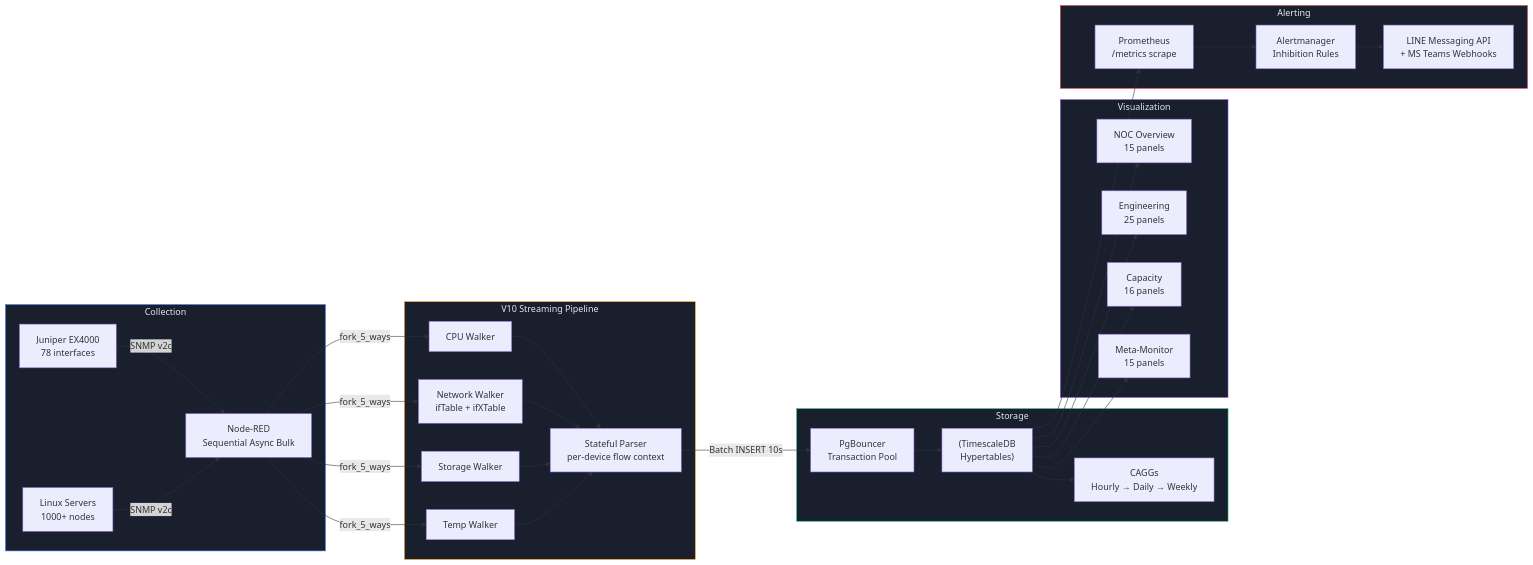
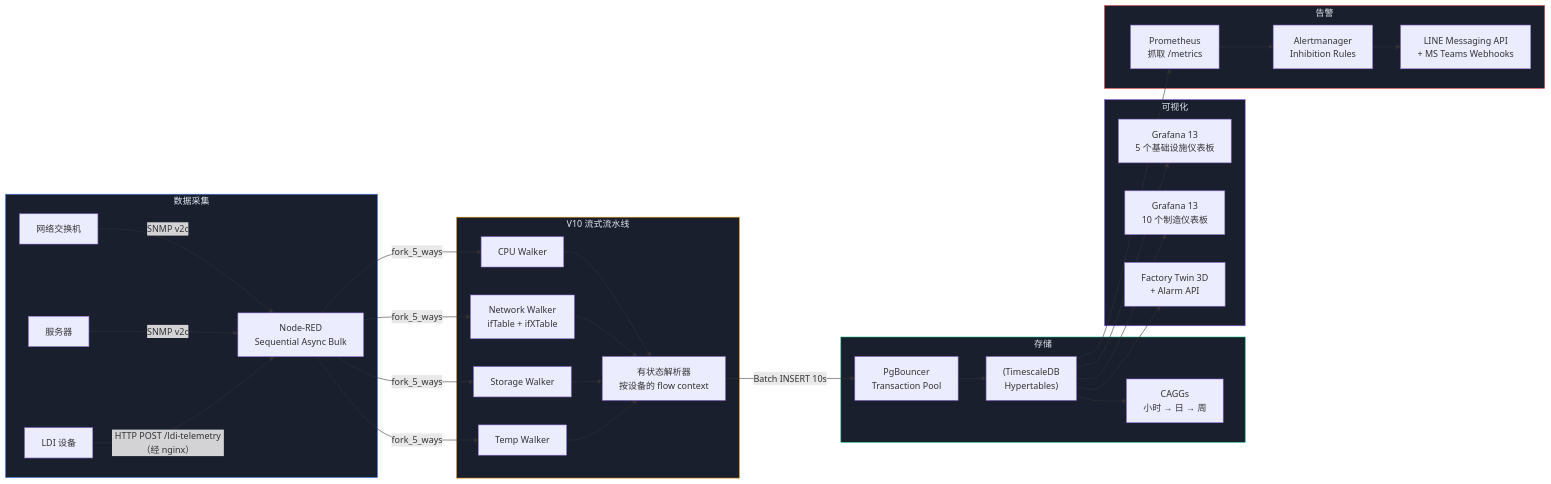
One commit to PATTANAKORN025/IMS changed the diagram in zh-CN/README.md. Above: the diagram before and after it, drawn with Mermaid. The commit also changed other lines of this file and 3 other files, not shown here.

````diff
--- a/zh-CN/README.md
+++ b/zh-CN/README.md
@@ -209,43 +229,43 @@
 ```mermaid
 flowchart LR
-  subgraph Collection ["Collection"]
-    J["Juniper EX4000\n78 interfaces"] -->|SNMP v2c| W["Node-RED\nSequential Async Bulk"]
-    S["Linux Servers\n1000+ nodes"] -->|SNMP v2c| W
+  subgraph Collection ["数据采集"]
+    J["网络交换机"] -->|SNMP v2c| W["Node-RED\nSequential Async Bulk"]
+    S["服务器"] -->|SNMP v2c| W
+    L["LDI 设备"] -->|"HTTP POST /ldi-telemetry（经 nginx）"| W
   end
 
-  subgraph Processing ["V10 Streaming Pipeline"]
+  subgraph Processing ["V10 流式流水线"]
     W -->|fork_5_ways| CPU[CPU Walker]
     W -->|fork_5_ways| NET["Network Walker\nifTable + ifXTable"]
     W -->|fork_5_ways| STO[Storage Walker]
     W -->|fork_5_ways| TMP[Temp Walker]
-    CPU --> P["Stateful Parser\nper-device flow context"]
+    CPU --> P["有状态解析器\n按设备的 flow context"]
     NET --> P
     STO --> P
     TMP --> P
   end
 
-  subgraph Storage ["Storage"]
+  subgraph Storage ["存储"]
     P -->|Batch INSERT 10s| B["PgBouncer\nTransaction Pool"]
     B --> T["(TimescaleDB\nHypertables)"]
-    T --> CAGG["CAGGs\nHourly → Daily → Weekly"]
+    T --> CAGG["CAGGs\n小时 → 日 → 周"]
   end
 
-  subgraph Visualization ["Visualization"]
-    T --> G1["NOC Overview\n15 panels"]
-    T --> G2["Engineering\n25 panels"]
-    T --> G3["Capacity\n16 panels"]
-    T --> G4["Meta-Monitor\n15 panels"]
+  subgraph Visualization ["可视化"]
+    T --> G1["Grafana 13\n5 个基础设施仪表板"]
+    T --> G2["Grafana 13\n10 个制造仪表板"]
+    T --> FT["Factory Twin 3D\n+ Alarm API"]
   end
 
-  subgraph Alerting ["Alerting"]
-    T --> PR["Prometheus\n/metrics scrape"]
+  subgraph Alerting ["告警"]
+    T --> PR["Prometheus\n抓取 /metrics"]
     PR --> AM["Alertmanager\nInhibition Rules"]
     AM --> WEB["LINE Messaging API\n+ MS Teams Webhooks"]
   end
 
   style Collection fill:#1a1f2e,stroke:#3B82F6,color:#e2e8f0
   style Processing fill:#1a1f2e,stroke:#F59E0B,color:#e2e8f0
   style Storage fill:#1a1f2e,stroke:#10B981,color:#e2e8f0
   style Visualization fill:#1a1f2e,stroke:#8B5CF6,color:#e2e8f0
   style Alerting fill:#1a1f2e,stroke:#EF4444,color:#e2e8f0
 ```
````
